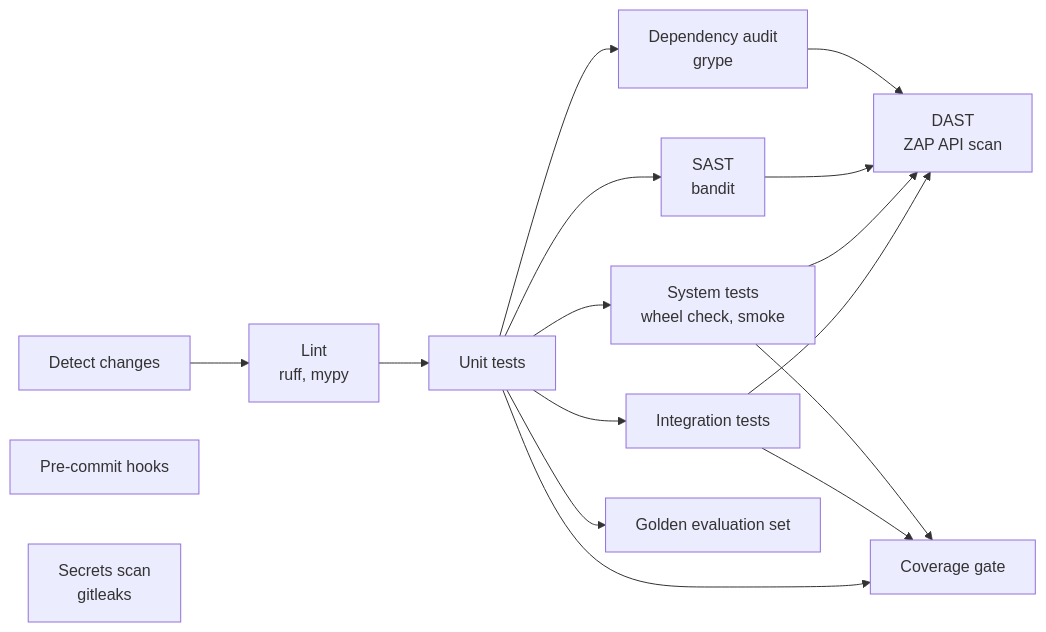
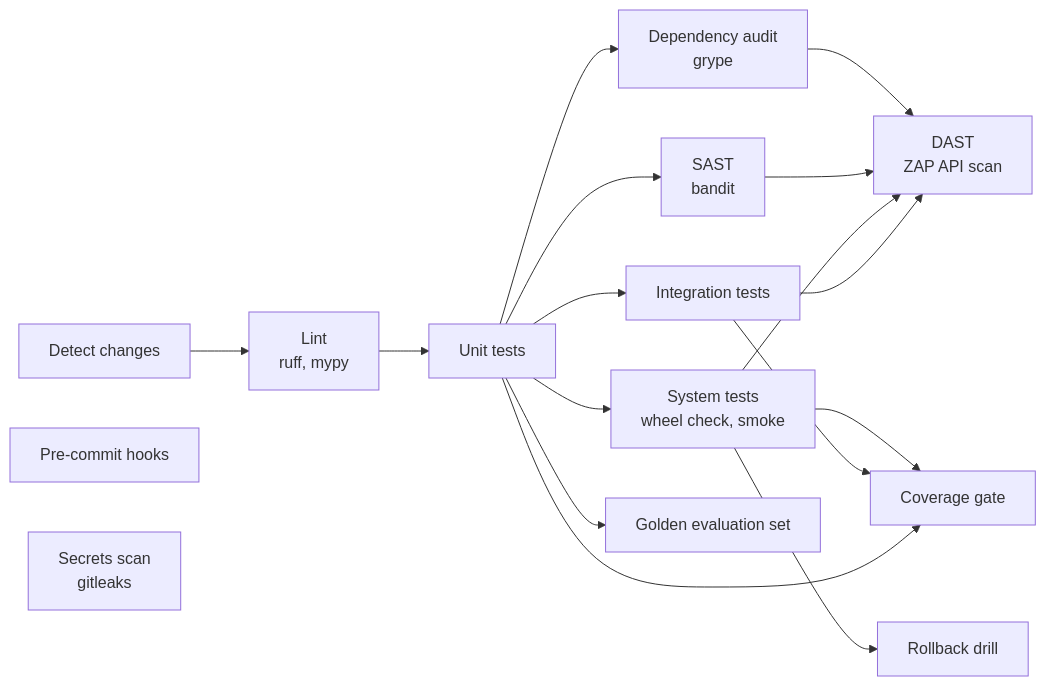
The diagram in docs/design/0001-ci-pipeline.md (madduri-ops/PEJIP), drawn with Mermaid before and after one commit. The commit also changed other lines of this file and 15 other files, not shown here.

First line of the commit message:
Add semantic versioning, changelog, release workflow and CI rollback drill

````diff
--- a/docs/design/0001-ci-pipeline.md
+++ b/docs/design/0001-ci-pipeline.md
@@ -20,19 +20,20 @@
 ```mermaid
 flowchart LR
     changes[Detect changes] --> lint[Lint<br/>ruff, mypy]
     lint --> unit[Unit tests]
     unit --> integration[Integration tests]
     unit --> system[System tests<br/>wheel check, smoke]
     unit --> sast[SAST<br/>bandit]
     unit --> deps[Dependency audit<br/>grype]
     integration --> dast[DAST<br/>ZAP API scan]
     system --> dast
     sast --> dast
     deps --> dast
     unit --> eval[Golden evaluation set]
     unit --> cov[Coverage gate]
     integration --> cov
     system --> cov
+    system --> drill[Rollback drill]
     hooks[Pre-commit hooks]
     secrets[Secrets scan<br/>gitleaks]
 ```
````
